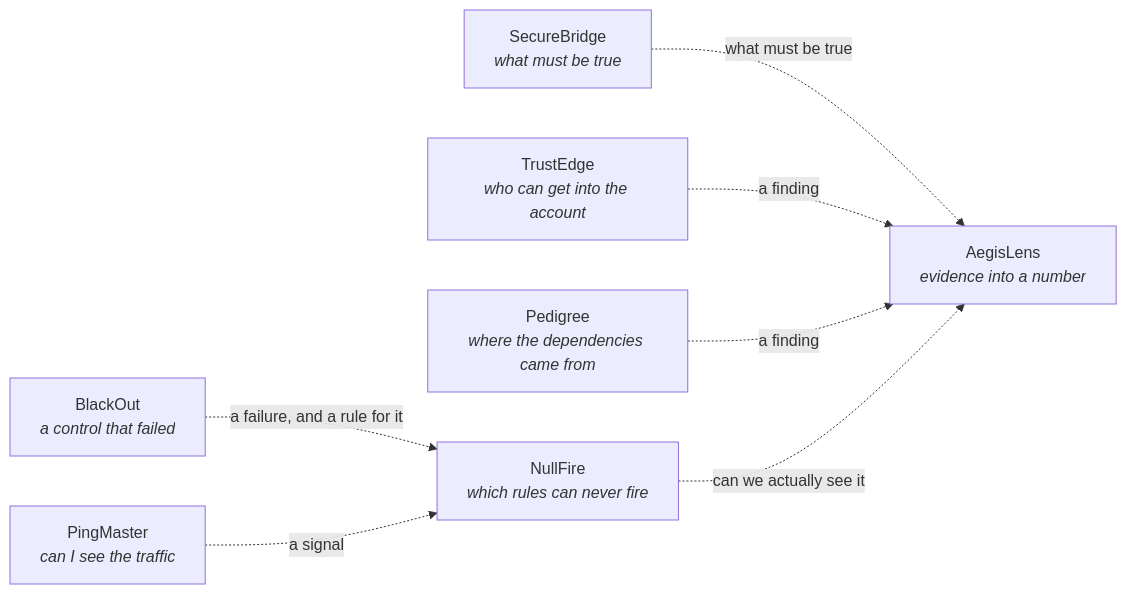
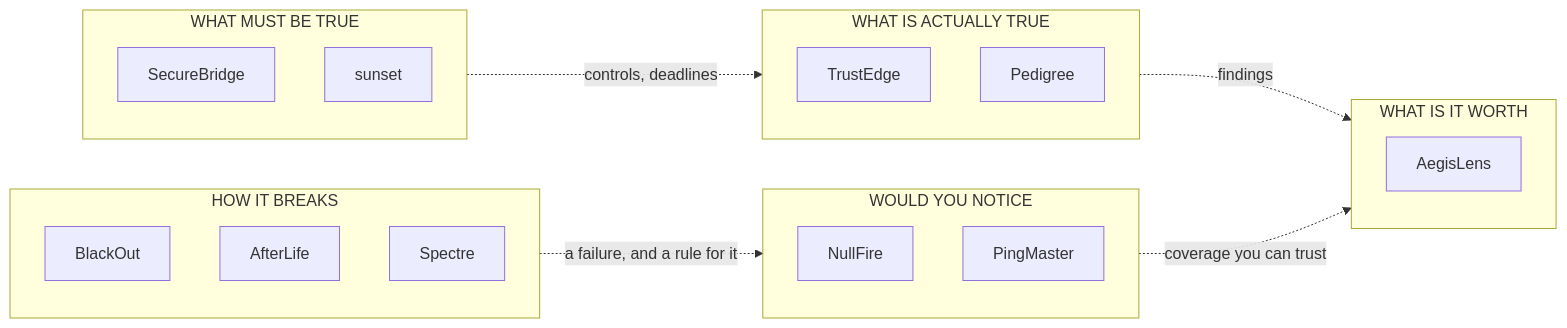
Before and after one commit to het-P301204/het-P301204: the diagram in README.md, drawn with Mermaid. The commit also changed other lines of this file and 4 other files, not shown here.

````diff
--- a/README.md
+++ b/README.md
@@ -352,25 +379,39 @@
 ```mermaid
 flowchart LR
-  SB["SecureBridge<br/><i>what must be true</i>"]
-  TE["TrustEdge<br/><i>who can get into the account</i>"]
-  PD["Pedigree<br/><i>where the dependencies came from</i>"]
-  BO["BlackOut<br/><i>a control that failed</i>"]
-  PM["PingMaster<br/><i>can I see the traffic</i>"]
-  NF["NullFire<br/><i>which rules can never fire</i>"]
-  AL["AegisLens<br/><i>evidence into a number</i>"]
+  subgraph S1["WHAT MUST BE TRUE"]
+    SB["SecureBridge"]
+    SU["sunset"]
+  end
+  subgraph S2["WHAT IS ACTUALLY TRUE"]
+    TE["TrustEdge"]
+    PD["Pedigree"]
+  end
+  subgraph S3["HOW IT BREAKS"]
+    BO["BlackOut"]
+    AF["AfterLife"]
+    SP["Spectre"]
+  end
+  subgraph S4["WOULD YOU NOTICE"]
+    NF["NullFire"]
+    PM["PingMaster"]
+  end
+  subgraph S5["WHAT IS IT WORTH"]
+    AL["AegisLens"]
+  end
 
-  SB -. "what must be true" .-> AL
-  TE -. "a finding" .-> AL
-  PD -. "a finding" .-> AL
-  BO -. "a failure, and a rule for it" .-> NF
-  PM -. "a signal" .-> NF
-  NF -. "can we actually see it" .-> AL
+  S1 -. "controls, deadlines" .-> S2
+  S2 -. "findings" .-> S5
+  S3 -. "a failure, and a rule for it" .-> S4
+  S4 -. "coverage you can trust" .-> S5
 
   click SB "https://github.com/het-P301204/SecureBridge-ISMS-360"
+  click SU "https://github.com/het-P301204/sunset"
   click TE "https://github.com/het-P301204/TrustEdge-AWS-IAM-analyzer"
   click PD "https://github.com/het-P301204/Pedigree-npm-provenance-gate"
   click BO "https://github.com/het-P301204/BlackOut"
+  click AF "https://github.com/het-P301204/AfterLife"
+  click SP "https://github.com/het-P301204/spectre-ssrf-lab"
+  click NF "https://github.com/het-P301204/NullFire"
   click PM "https://github.com/het-P301204/PingMaster"
-  click NF "https://github.com/het-P301204/NullFire"
   click AL "https://github.com/het-P301204/AegisLens-security-workbench"
 ```
````
